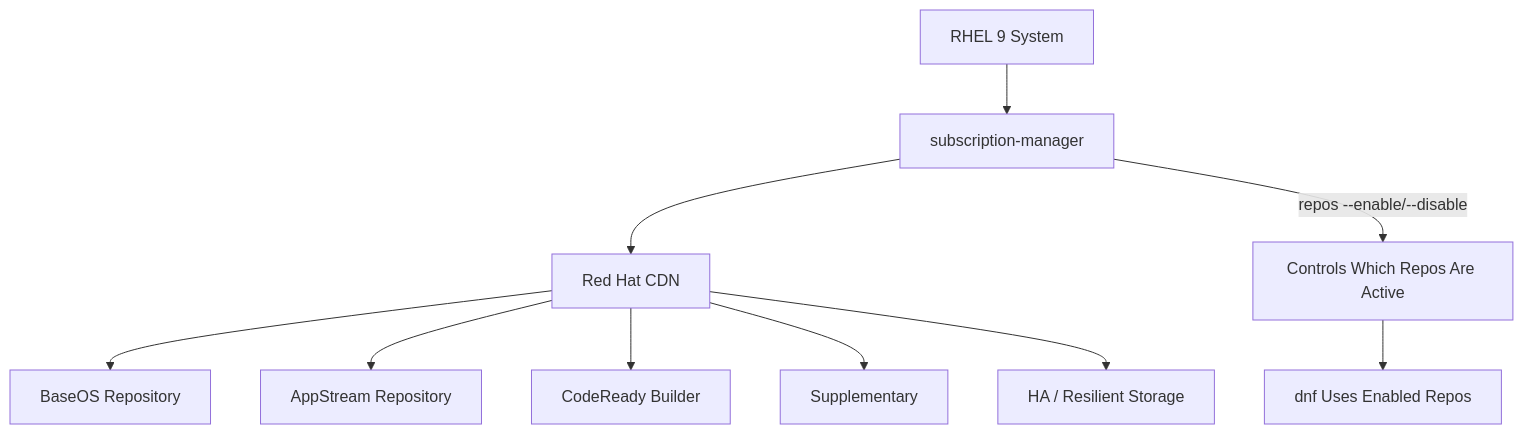
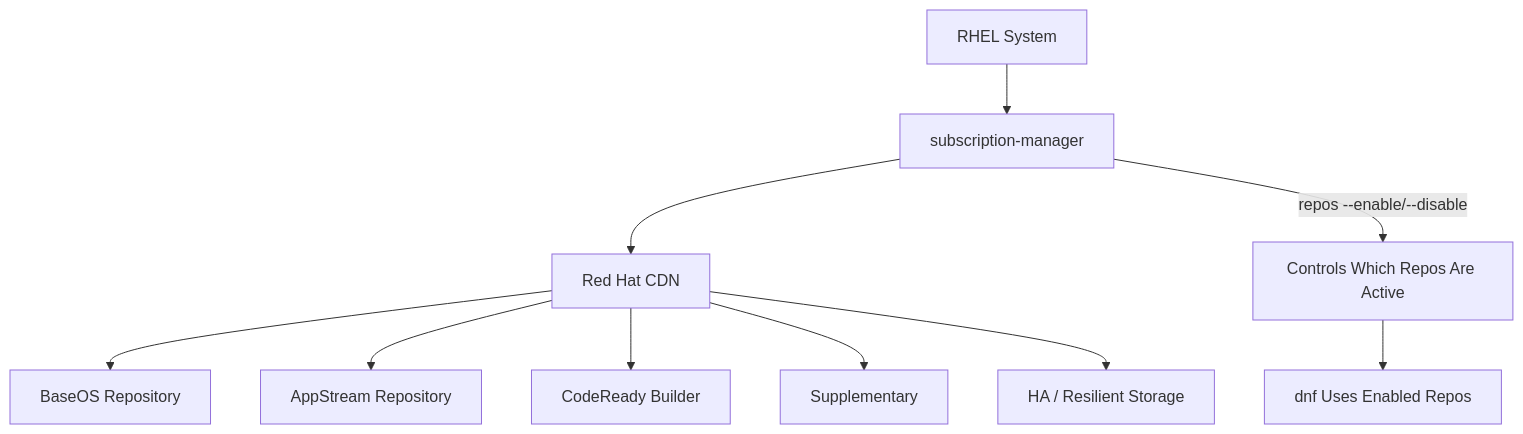
The diagram in posts/2026-03-04-enable-disable-repositories-subscription-manager-rhel-9/README.md (OneUptime/blog), drawn with Mermaid before and after one commit. The commit also changed other lines of this file and 4866 other files, not shown here.

````diff
--- a/posts/2026-03-04-enable-disable-repositories-subscription-manager-rhel-9/README.md
+++ b/posts/2026-03-04-enable-disable-repositories-subscription-manager-rhel-9/README.md
@@ -100,12 +100,12 @@
 ```mermaid
 flowchart TD
-    A[RHEL 9 System] --> B[subscription-manager]
+    A[RHEL System] --> B[subscription-manager]
     B --> C[Red Hat CDN]
     C --> D[BaseOS Repository]
     C --> E[AppStream Repository]
     C --> F[CodeReady Builder]
     C --> G[Supplementary]
     C --> H[HA / Resilient Storage]
     B -->|repos --enable/--disable| I[Controls Which Repos Are Active]
     I --> J[dnf Uses Enabled Repos]
 ```
````
